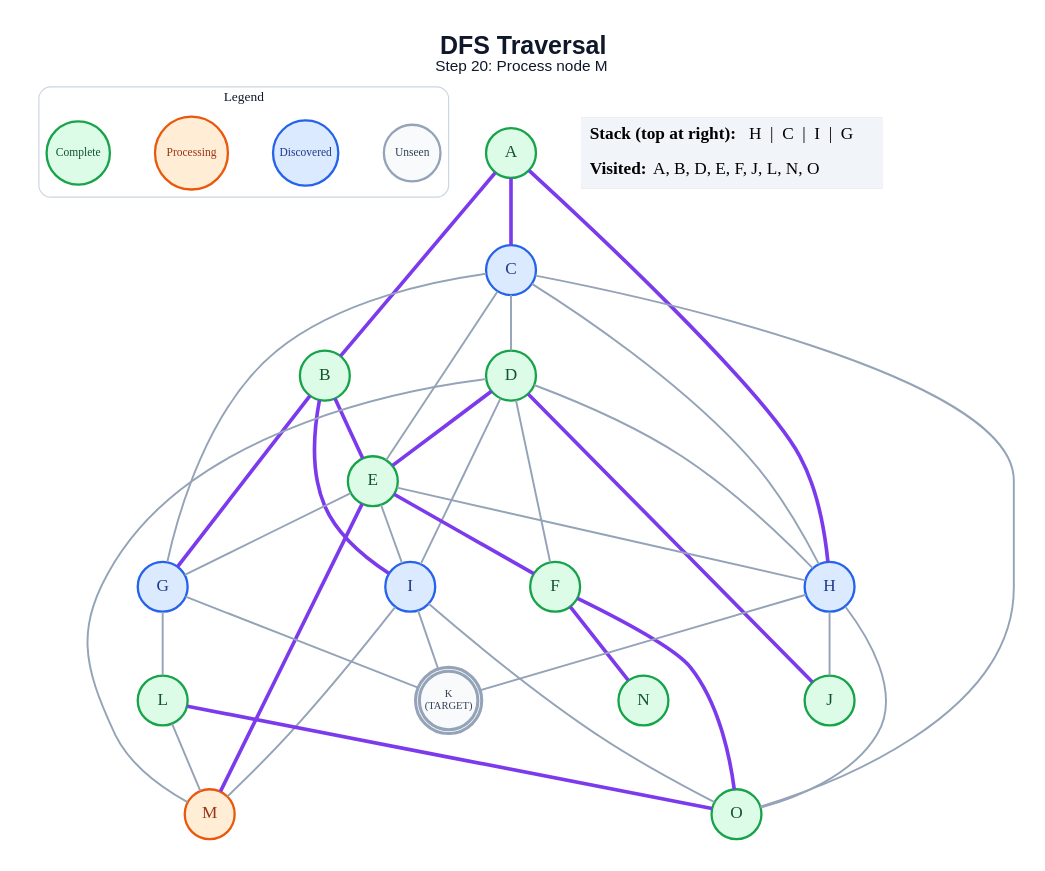
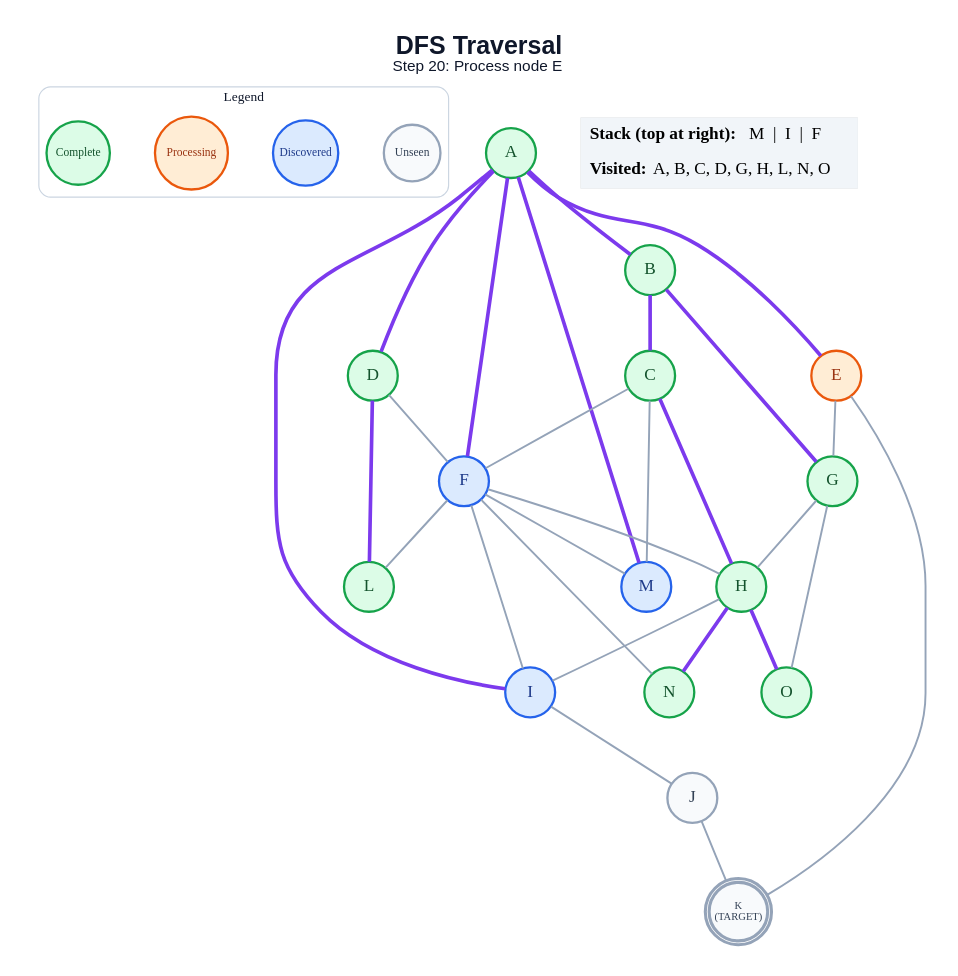
The diagram in generated/dfs/step_20.dot (anon7238593-create/ai-slop), drawn with Graphviz before and after one commit. The commit also changed 285 other files, not shown here.

```diff
--- a/generated/dfs/step_20.dot
+++ b/generated/dfs/step_20.dot
@@ -1,68 +1,61 @@
 graph traversal {
   graph [layout=dot, rankdir=TB, bgcolor="#FFFFFF", pad="0.35", nodesep="0.65", ranksep="0.8", fontname="Arial"];
   node [shape=circle, style="filled", fontname="Arial Bold", fontsize=18, width=0.72, fixedsize=true, penwidth=2.4];
   edge [color="#94A3B8", penwidth=2.0];
-  label=<<B>DFS Traversal</B><BR/><FONT POINT-SIZE="16">Step 20: Process node M</FONT>>; labelloc="t"; fontsize=26; fontname="Arial"; fontcolor="#0F172A";
+  label=<<B>DFS Traversal</B><BR/><FONT POINT-SIZE="16">Step 20: Process node E</FONT>>; labelloc="t"; fontsize=26; fontname="Arial"; fontcolor="#0F172A";
   subgraph cluster_legend { label="Legend"; color="#CBD5E1"; penwidth=1.2; style="rounded"; fontsize=14; fontname="Arial Bold";
     key_unseen [label="Unseen", fillcolor="#F8FAFC", color="#94A3B8", fontcolor="#334155", fontsize=12, width=0.82];
     key_frontier [label="Discovered", fillcolor="#DBEAFE", color="#2563EB", fontcolor="#1E3A8A", fontsize=12, width=0.95];
     key_current [label="Processing", fillcolor="#FFEDD5", color="#EA580C", fontcolor="#9A3412", fontsize=12, width=1.05];
     key_done [label="Complete", fillcolor="#DCFCE7", color="#16A34A", fontcolor="#14532D", fontsize=12, width=0.92];
     { rank=same; key_unseen; key_frontier; key_current; key_done; }
   }
   A [label="A", fillcolor="#DCFCE7", color="#16A34A", fontcolor="#14532D", peripheries=1, penwidth=2.4];
   B [label="B", fillcolor="#DCFCE7", color="#16A34A", fontcolor="#14532D", peripheries=1, penwidth=2.4];
-  C [label="C", fillcolor="#DBEAFE", color="#2563EB", fontcolor="#1E3A8A", peripheries=1, penwidth=2.4];
+  C [label="C", fillcolor="#DCFCE7", color="#16A34A", fontcolor="#14532D", peripheries=1, penwidth=2.4];
   D [label="D", fillcolor="#DCFCE7", color="#16A34A", fontcolor="#14532D", peripheries=1, penwidth=2.4];
-  E [label="E", fillcolor="#DCFCE7", color="#16A34A", fontcolor="#14532D", peripheries=1, penwidth=2.4];
-  F [label="F", fillcolor="#DCFCE7", color="#16A34A", fontcolor="#14532D", peripheries=1, penwidth=2.4];
-  G [label="G", fillcolor="#DBEAFE", color="#2563EB", fontcolor="#1E3A8A", peripheries=1, penwidth=2.4];
-  H [label="H", fillcolor="#DBEAFE", color="#2563EB", fontcolor="#1E3A8A", peripheries=1, penwidth=2.4];
+  E [label="E", fillcolor="#FFEDD5", color="#EA580C", fontcolor="#9A3412", peripheries=1, penwidth=2.4];
+  F [label="F", fillcolor="#DBEAFE", color="#2563EB", fontcolor="#1E3A8A", peripheries=1, penwidth=2.4];
+  G [label="G", fillcolor="#DCFCE7", color="#16A34A", fontcolor="#14532D", peripheries=1, penwidth=2.4];
+  H [label="H", fillcolor="#DCFCE7", color="#16A34A", fontcolor="#14532D", peripheries=1, penwidth=2.4];
   I [label="I", fillcolor="#DBEAFE", color="#2563EB", fontcolor="#1E3A8A", peripheries=1, penwidth=2.4];
-  J [label="J", fillcolor="#DCFCE7", color="#16A34A", fontcolor="#14532D", peripheries=1, penwidth=2.4];
+  J [label="J", fillcolor="#F8FAFC", color="#94A3B8", fontcolor="#334155", peripheries=1, penwidth=2.4];
   K [label="K\n(TARGET)", fillcolor="#F8FAFC", color="#94A3B8", fontcolor="#334155", peripheries=2, penwidth=3.2, fontsize=11, width=0.85, height=0.85];
   L [label="L", fillcolor="#DCFCE7", color="#16A34A", fontcolor="#14532D", peripheries=1, penwidth=2.4];
-  M [label="M", fillcolor="#FFEDD5", color="#EA580C", fontcolor="#9A3412", peripheries=1, penwidth=2.4];
+  M [label="M", fillcolor="#DBEAFE", color="#2563EB", fontcolor="#1E3A8A", peripheries=1, penwidth=2.4];
   N [label="N", fillcolor="#DCFCE7", color="#16A34A", fontcolor="#14532D", peripheries=1, penwidth=2.4];
   O [label="O", fillcolor="#DCFCE7", color="#16A34A", fontcolor="#14532D", peripheries=1, penwidth=2.4];
   A -- B [color="#7C3AED", penwidth=3.8];
-  A -- C [color="#7C3AED", penwidth=3.8];
-  A -- H [color="#7C3AED", penwidth=3.8];
-  B -- E [color="#7C3AED", penwidth=3.8];
+  A -- D [color="#7C3AED", penwidth=3.8];
+  A -- E [color="#7C3AED", penwidth=3.8];
+  A -- F [color="#7C3AED", penwidth=3.8];
+  A -- I [color="#7C3AED", penwidth=3.8];
+  A -- M [color="#7C3AED", penwidth=3.8];
+  B -- C [color="#7C3AED", penwidth=3.8];
   B -- G [color="#7C3AED", penwidth=3.8];
-  B -- I [color="#7C3AED", penwidth=3.8];
-  C -- D;
-  C -- E;
-  C -- G;
-  C -- H;
-  C -- O;
-  D -- E [color="#7C3AED", penwidth=3.8];
+  C -- F;
+  C -- H [color="#7C3AED", penwidth=3.8];
+  C -- M;
   D -- F;
-  D -- H;
-  D -- I;
-  D -- J [color="#7C3AED", penwidth=3.8];
-  D -- M;
-  E -- F [color="#7C3AED", penwidth=3.8];
+  D -- L [color="#7C3AED", penwidth=3.8];
   E -- G;
-  E -- H;
-  E -- I;
-  E -- M [color="#7C3AED", penwidth=3.8];
-  F -- N [color="#7C3AED", penwidth=3.8];
-  F -- O [color="#7C3AED", penwidth=3.8];
-  G -- K;
-  G -- L;
-  H -- J;
-  H -- K;
-  H -- O;
-  I -- K;
-  I -- M;
-  I -- O;
-  L -- M;
-  L -- O [color="#7C3AED", penwidth=3.8];
+  E -- K;
+  F -- H;
+  F -- I;
+  F -- L;
+  F -- M;
+  F -- N;
+  G -- H;
+  G -- O;
+  H -- I;
+  H -- N [color="#7C3AED", penwidth=3.8];
+  H -- O [color="#7C3AED", penwidth=3.8];
+  I -- J;
+  J -- K;
   status [shape=plain, fixedsize=false, width=0, height=0, margin=0, label=<
     <TABLE BORDER="0" CELLBORDER="0" CELLPADDING="7" BGCOLOR="#F1F5F9">
-      <TR><TD ALIGN="LEFT"><B>Stack (top at right):</B> H  |  C  |  I  |  G</TD></TR>
-      <TR><TD ALIGN="LEFT"><B>Visited:</B> A, B, D, E, F, J, L, N, O</TD></TR>
+      <TR><TD ALIGN="LEFT"><B>Stack (top at right):</B> M  |  I  |  F</TD></TR>
+      <TR><TD ALIGN="LEFT"><B>Visited:</B> A, B, C, D, G, H, L, N, O</TD></TR>
     </TABLE>
   >];
 }
```
